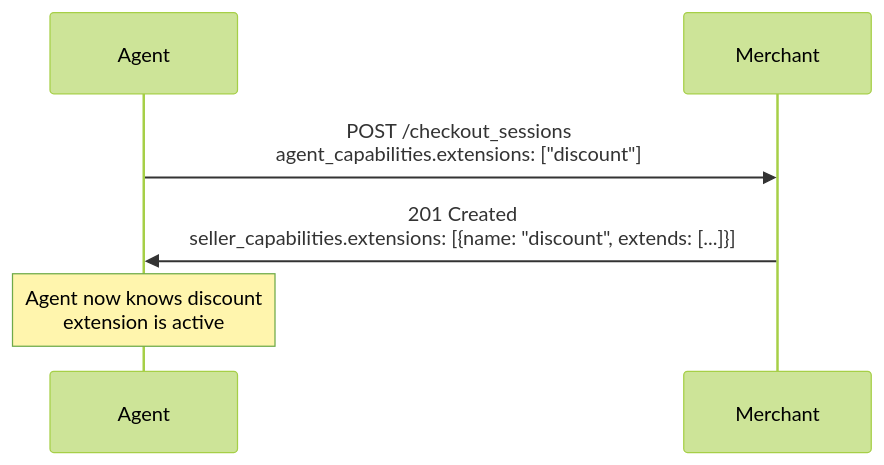
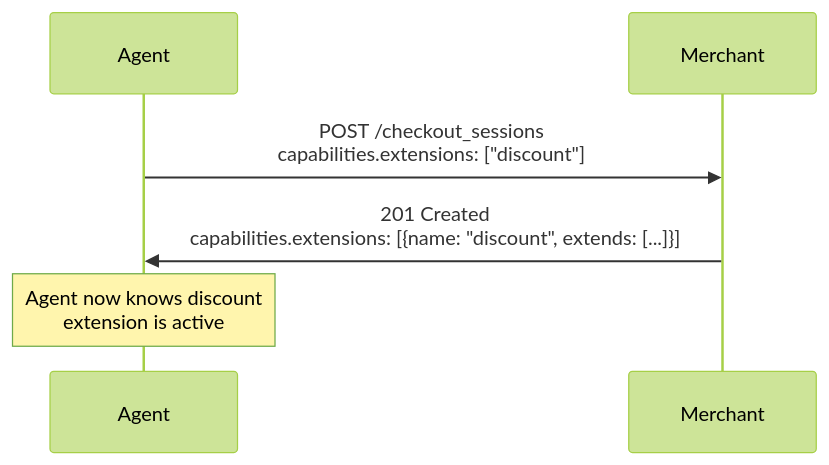
One commit to nvp-stripe/agentic-commerce-protocol changed the diagram in rfcs/rfc.extensions.md. Above: the diagram before and after it, drawn with Mermaid (forest theme). The commit also changed other lines of this file and 9 other files, not shown here.

````diff
--- a/rfcs/rfc.extensions.md
+++ b/rfcs/rfc.extensions.md
@@ -163,9 +166,9 @@
 ```mermaid
 sequenceDiagram
     participant Agent
     participant Merchant
     
-    Agent->>Merchant: POST /checkout_sessions<br/>agent_capabilities.extensions: ["discount"]
-    Merchant->>Agent: 201 Created<br/>seller_capabilities.extensions: [{name: "discount", extends: [...]}]
+    Agent->>Merchant: POST /checkout_sessions<br/>capabilities.extensions: ["discount"]
+    Merchant->>Agent: 201 Created<br/>capabilities.extensions: [{name: "discount", extends: [...]}]
     Note over Agent: Agent now knows discount<br/>extension is active
 ```
````
